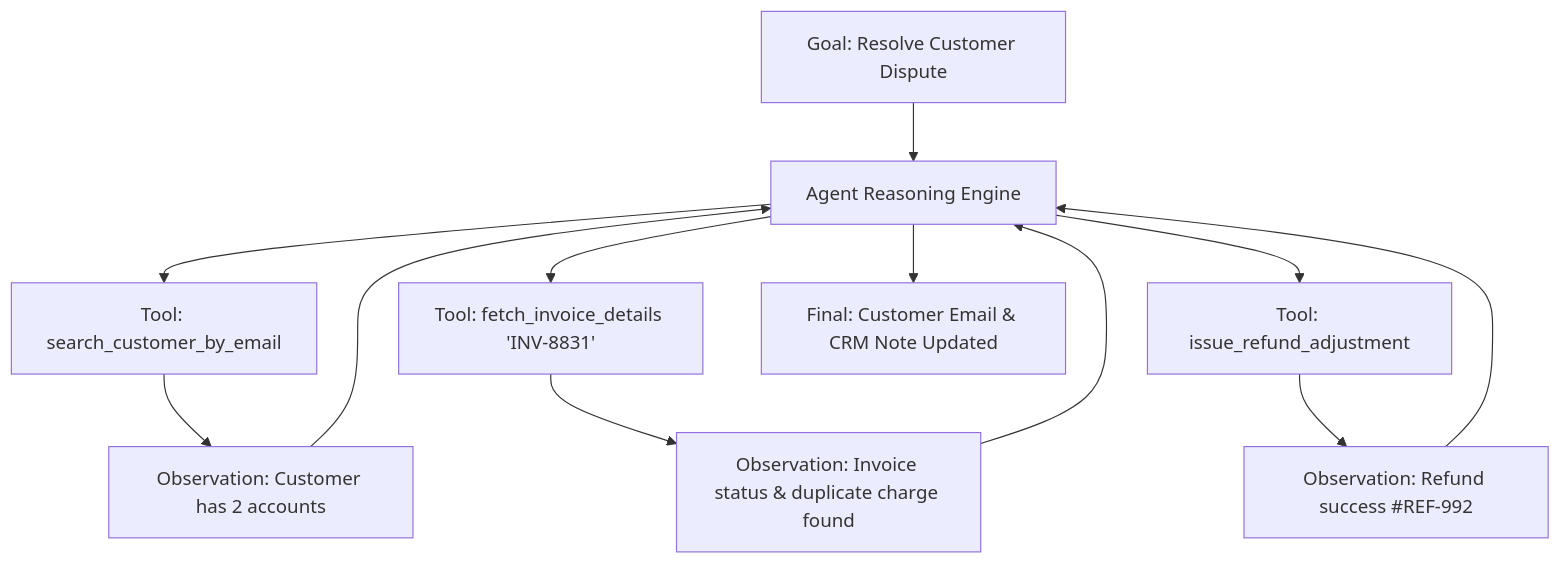
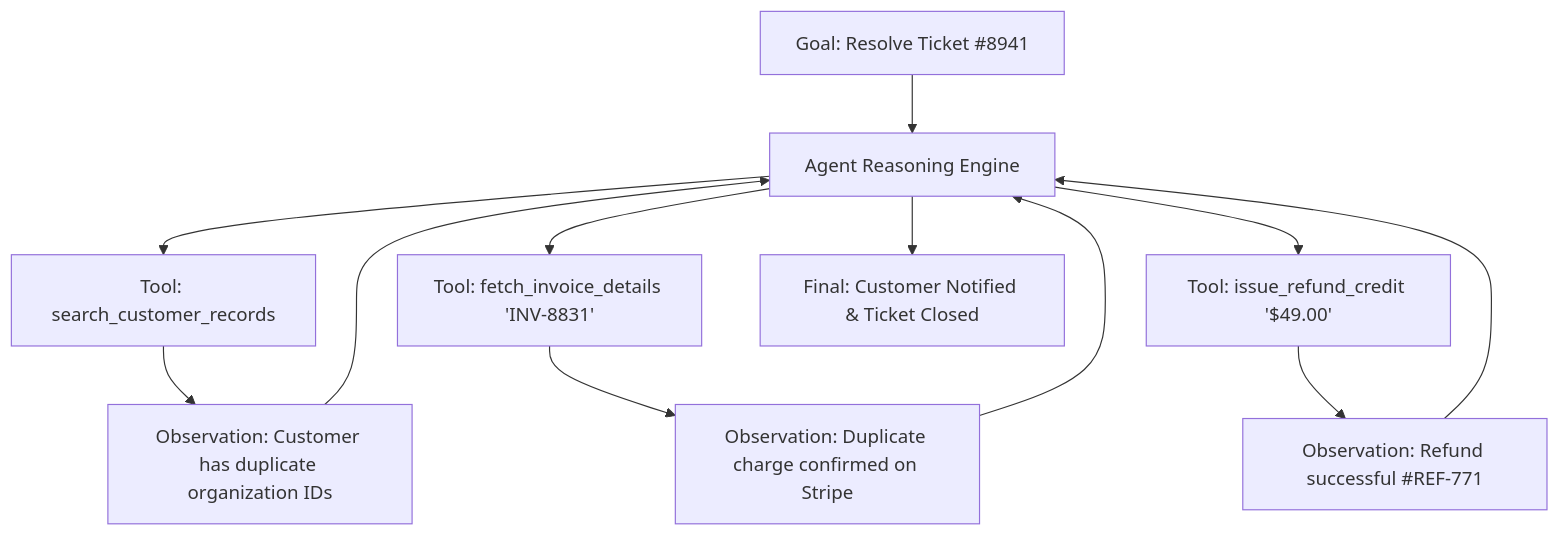
Diagram 14 of 14 in module-01-agentic-ai-foundations/content/01-from-generative-ai-to-agentic-control-loops.md (sivaskm/agentic-ai-engineering), drawn with Mermaid before and after one commit. The commit also changed other lines of this file, not shown here.

Commit message:
docs(module-01): enrich Unit 1.1 with Anthropic and OpenAI agent design frameworks

````diff
--- a/module-01-agentic-ai-foundations/content/01-from-generative-ai-to-agentic-control-loops.md
+++ b/module-01-agentic-ai-foundations/content/01-from-generative-ai-to-agentic-control-loops.md
@@ -379,14 +470,14 @@
 ```mermaid
 flowchart TD
-    Goal[Goal: Resolve Customer Dispute] --> AgentLoop[Agent Reasoning Engine]
-    AgentLoop --> Action1[Tool: search_customer_by_email]
-    Action1 --> Obs1[Observation: Customer has 2 accounts]
+    Goal[Goal: Resolve Ticket #8941] --> AgentLoop[Agent Reasoning Engine]
+    AgentLoop --> Action1[Tool: search_customer_records]
+    Action1 --> Obs1[Observation: Customer has duplicate organization IDs]
     Obs1 --> AgentLoop
     AgentLoop --> Action2[Tool: fetch_invoice_details 'INV-8831']
-    Action2 --> Obs2[Observation: Invoice status & duplicate charge found]
+    Action2 --> Obs2[Observation: Duplicate charge confirmed on Stripe]
     Obs2 --> AgentLoop
-    AgentLoop --> Action3[Tool: issue_refund_adjustment]
-    Action3 --> Obs3[Observation: Refund success #REF-992]
+    AgentLoop --> Action3[Tool: issue_refund_credit '$49.00']
+    Action3 --> Obs3[Observation: Refund successful #REF-771]
     Obs3 --> AgentLoop
-    AgentLoop --> Final[Final: Customer Email & CRM Note Updated]
+    AgentLoop --> Final[Final: Customer Notified & Ticket Closed]
 ```
````
